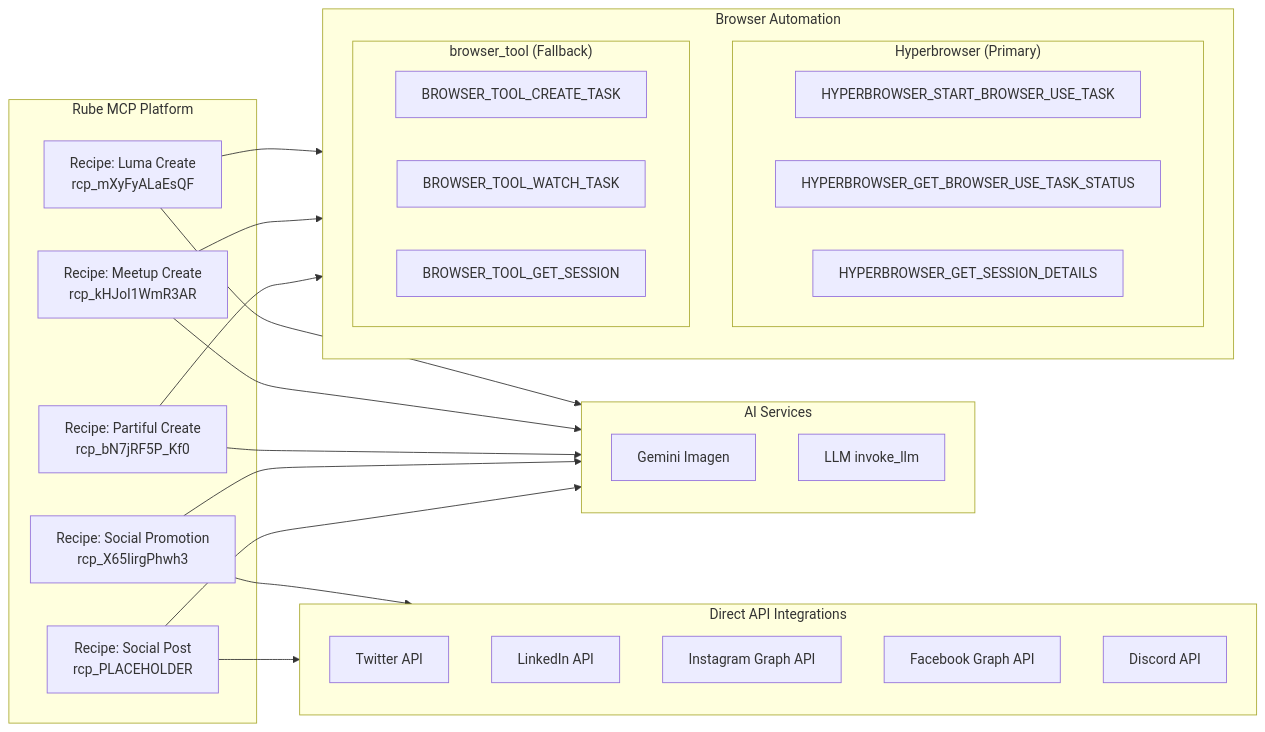
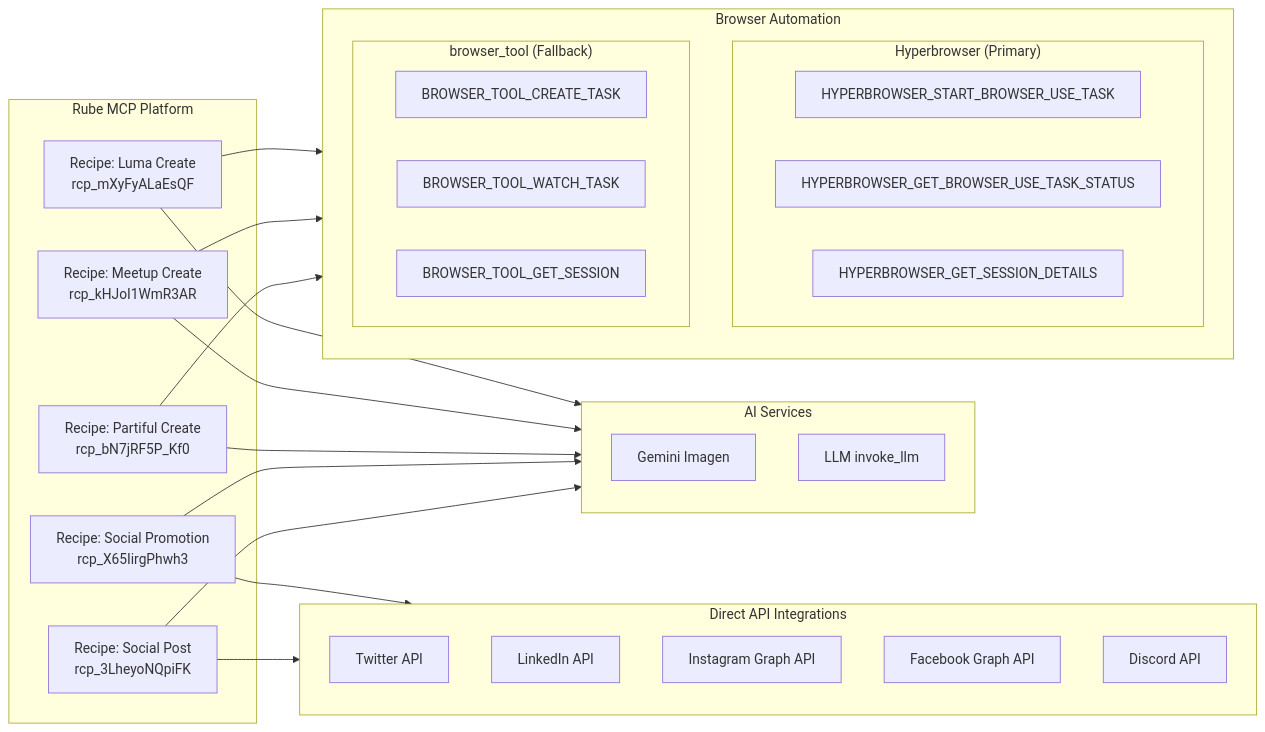
Before and after one commit to Coffee-Code-Philly-Accelerator/CCP-Digital-Marketing: the second of 8 diagrams in README.md, drawn with Mermaid. The commit also changed other lines of this file, not shown here.

First line of the commit message:
Update README with comprehensive recipe usage documentation

````diff
--- a/README.md
+++ b/README.md
@@ -63,43 +63,43 @@
 ```mermaid
 flowchart LR
     subgraph Rube["Rube MCP Platform"]
         R1[Recipe: Luma Create<br/>rcp_mXyFyALaEsQF]
         R2[Recipe: Meetup Create<br/>rcp_kHJoI1WmR3AR]
         R3[Recipe: Partiful Create<br/>rcp_bN7jRF5P_Kf0]
         R4[Recipe: Social Promotion<br/>rcp_X65IirgPhwh3]
-        R5[Recipe: Social Post<br/>rcp_PLACEHOLDER]
+        R5[Recipe: Social Post<br/>rcp_3LheyoNQpiFK]
     end
 
     subgraph Browser["Browser Automation"]
         subgraph HB["Hyperbrowser (Primary)"]
             BA1[HYPERBROWSER_START_BROWSER_USE_TASK]
             BB1[HYPERBROWSER_GET_BROWSER_USE_TASK_STATUS]
             BC1[HYPERBROWSER_GET_SESSION_DETAILS]
         end
         subgraph BT["browser_tool (Fallback)"]
             BA2[BROWSER_TOOL_CREATE_TASK]
             BB2[BROWSER_TOOL_WATCH_TASK]
             BC2[BROWSER_TOOL_GET_SESSION]
         end
     end
 
     subgraph APIs["Direct API Integrations"]
         API1[Twitter API]
         API2[LinkedIn API]
         API3[Instagram Graph API]
         API4[Facebook Graph API]
         API5[Discord API]
     end
 
     subgraph AI["AI Services"]
         AI1[Gemini Imagen]
         AI2[LLM invoke_llm]
     end
 
     R1 & R2 & R3 --> Browser
     R1 & R2 & R3 --> AI
     R4 --> APIs
     R4 --> AI
     R5 --> APIs
     R5 --> AI
 ```
````
